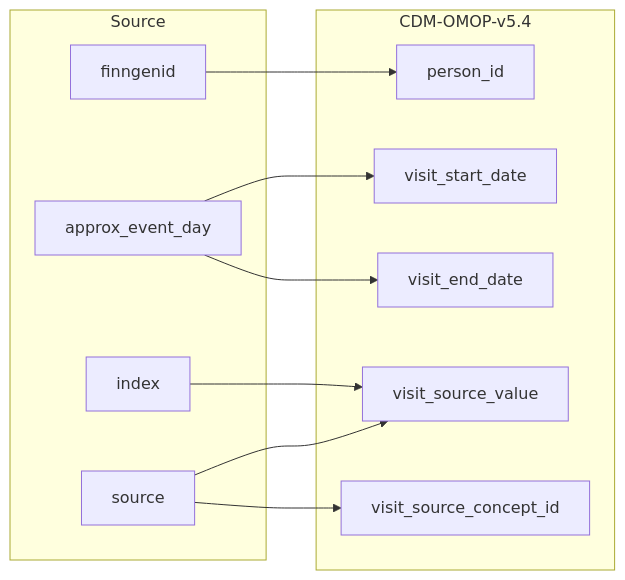
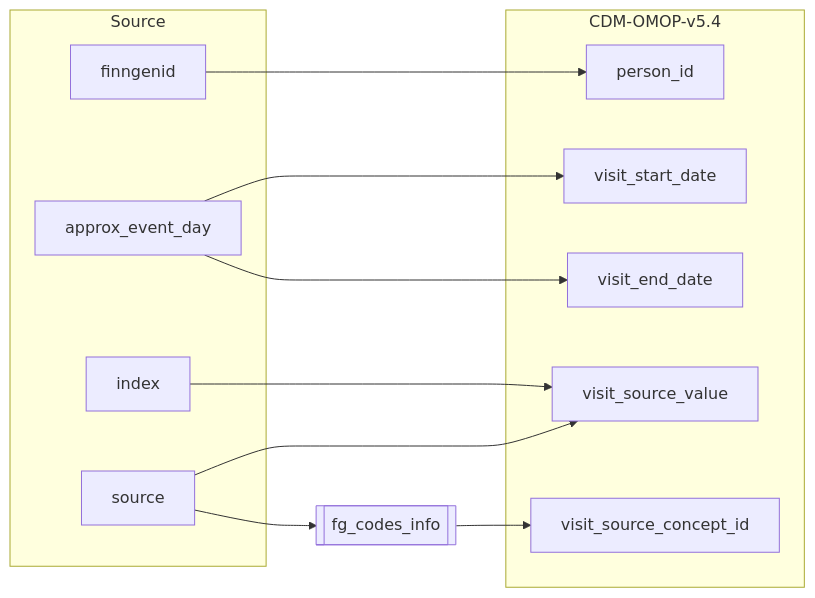
Before and after one commit to FINNGEN/ETL: the fifth of 6 diagrams in 2_etl_specifications/documentation/visit_occurrence.md, drawn with Mermaid. The commit also changed other lines of this file and 10 other files, not shown here.

````diff
--- a/2_etl_specifications/documentation/visit_occurrence.md
+++ b/2_etl_specifications/documentation/visit_occurrence.md
@@ -222,24 +233,28 @@
 ```mermaid
 flowchart LR
     subgraph Source
         finngenid
         source
         approx_event_day
         index
     end
+
+    fg_codes_info[[fg_codes_info]]
 
     subgraph CDM-OMOP-v5.4
         person_id
         visit_start_date
         visit_end_date
         visit_source_value
         visit_source_concept_id
     end
 
     finngenid-->person_id
     source-->visit_source_value
-    source-->visit_source_concept_id
     approx_event_day-->visit_start_date
     approx_event_day-->visit_end_date
     index-->visit_source_value
+    source-->fg_codes_info
+
+    fg_codes_info-->visit_source_concept_id
 ```
````
